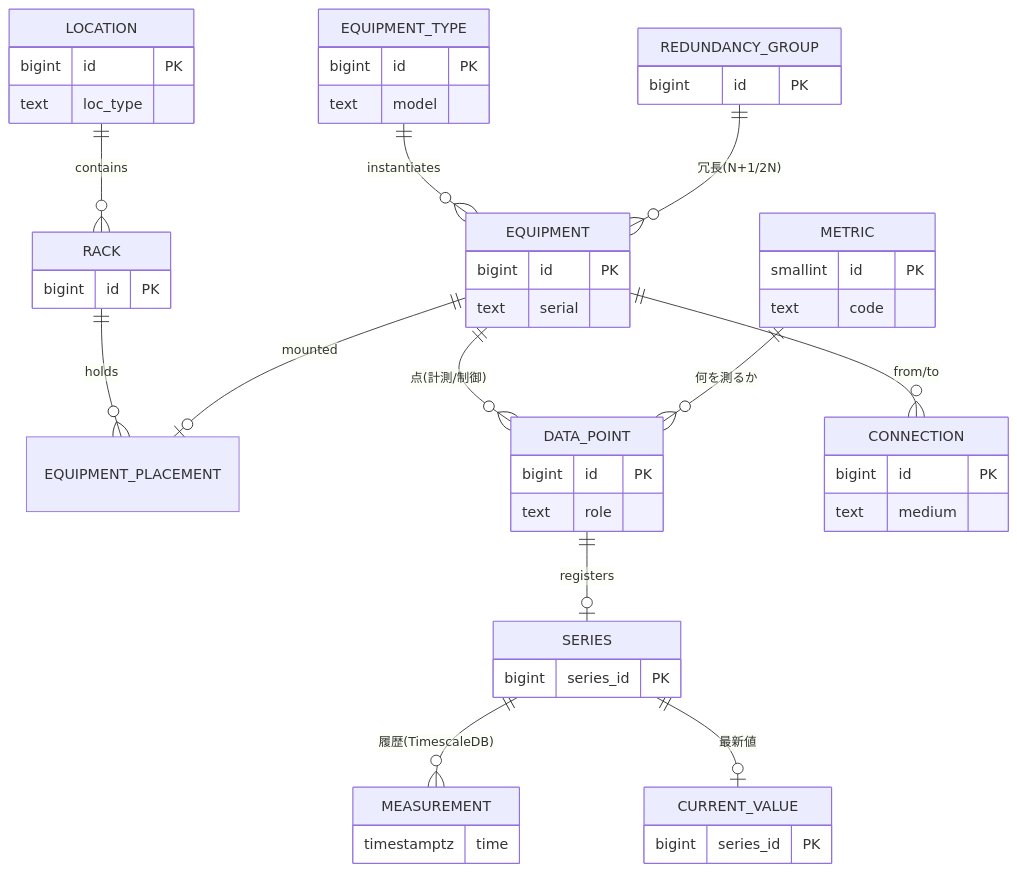
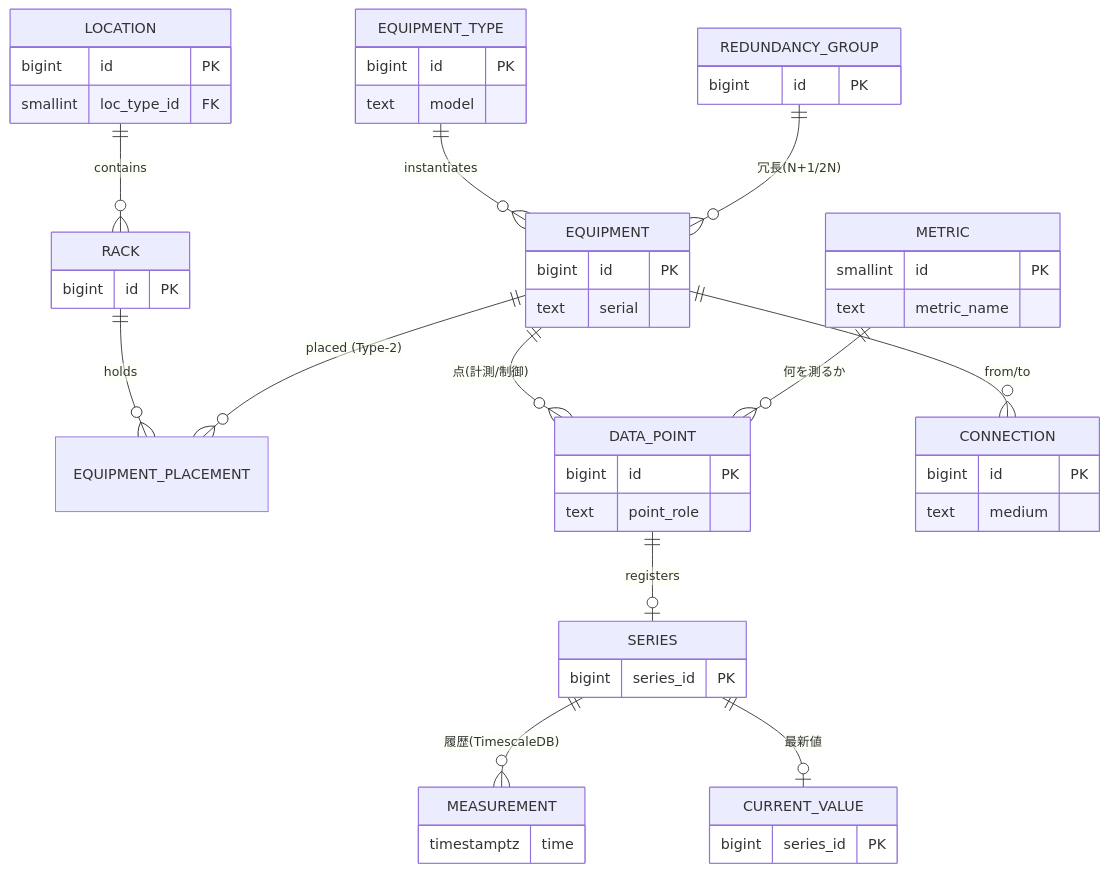
The first of 6 diagrams in 00-overview.md (hn-11/dcim-schema-design), drawn with Mermaid before and after one commit. The commit also changed other lines of this file and 8 other files, not shown here.

First line of the commit message:
refactor(schema): 論理グルーピング追加 + 型制約全面改訂 + 構造リファクタ

````diff
--- a/00-overview.md
+++ b/00-overview.md
@@ -22,54 +22,54 @@
 ```mermaid
 erDiagram
     LOCATION ||--o{ RACK : contains
     RACK ||--o{ EQUIPMENT_PLACEMENT : holds
-    EQUIPMENT ||--o| EQUIPMENT_PLACEMENT : mounted
+    EQUIPMENT ||--o{ EQUIPMENT_PLACEMENT : "placed (Type-2)"
     EQUIPMENT_TYPE ||--o{ EQUIPMENT : instantiates
     EQUIPMENT ||--o{ DATA_POINT : "点(計測/制御)"
     METRIC ||--o{ DATA_POINT : "何を測るか"
     DATA_POINT ||--o| SERIES : registers
     SERIES ||--o{ MEASUREMENT : "履歴(TimescaleDB)"
     SERIES ||--o| CURRENT_VALUE : "最新値"
     EQUIPMENT ||--o{ CONNECTION : "from/to"
     REDUNDANCY_GROUP ||--o{ EQUIPMENT : "冗長(N+1/2N)"
 
     LOCATION {
         bigint id PK
-        text loc_type
+        smallint loc_type_id FK
     }
     RACK {
         bigint id PK
     }
     EQUIPMENT_TYPE {
         bigint id PK
         text model
     }
     EQUIPMENT {
         bigint id PK
         text serial
     }
     METRIC {
         smallint id PK
-        text code
+        text metric_name
     }
     DATA_POINT {
         bigint id PK
-        text role
+        text point_role
     }
     SERIES {
         bigint series_id PK
     }
     MEASUREMENT {
         timestamptz time
     }
     CURRENT_VALUE {
         bigint series_id PK
     }
     CONNECTION {
         bigint id PK
         text medium
     }
     REDUNDANCY_GROUP {
         bigint id PK
     }
 ```
````
